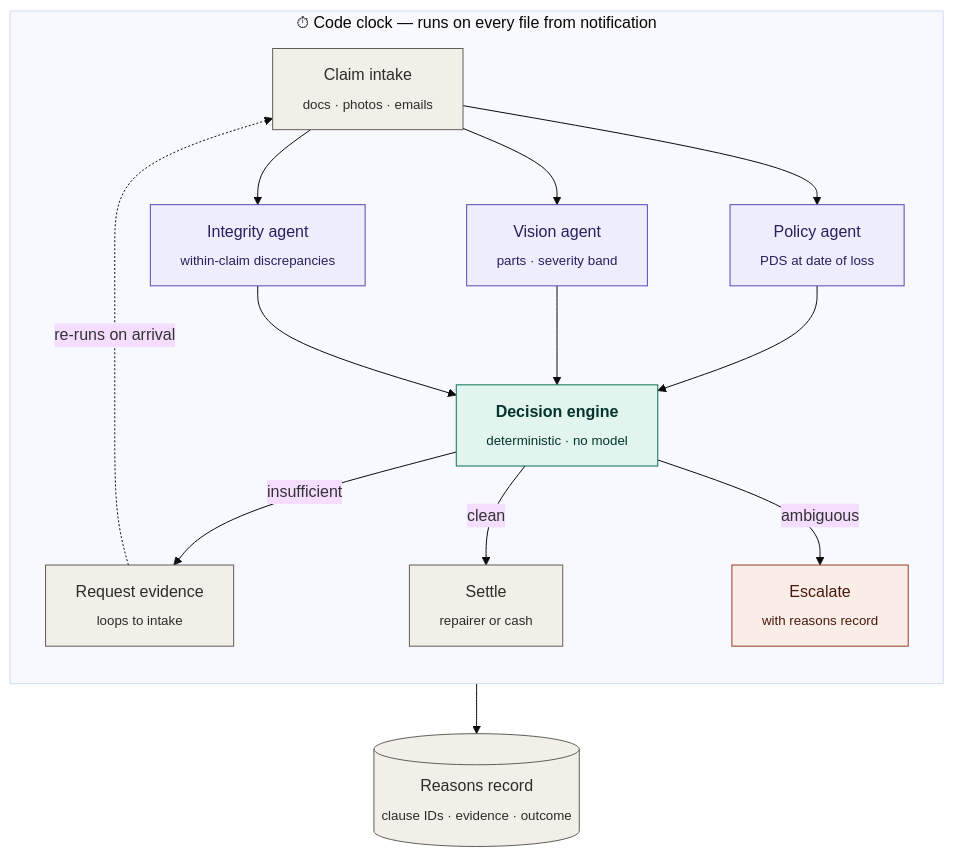
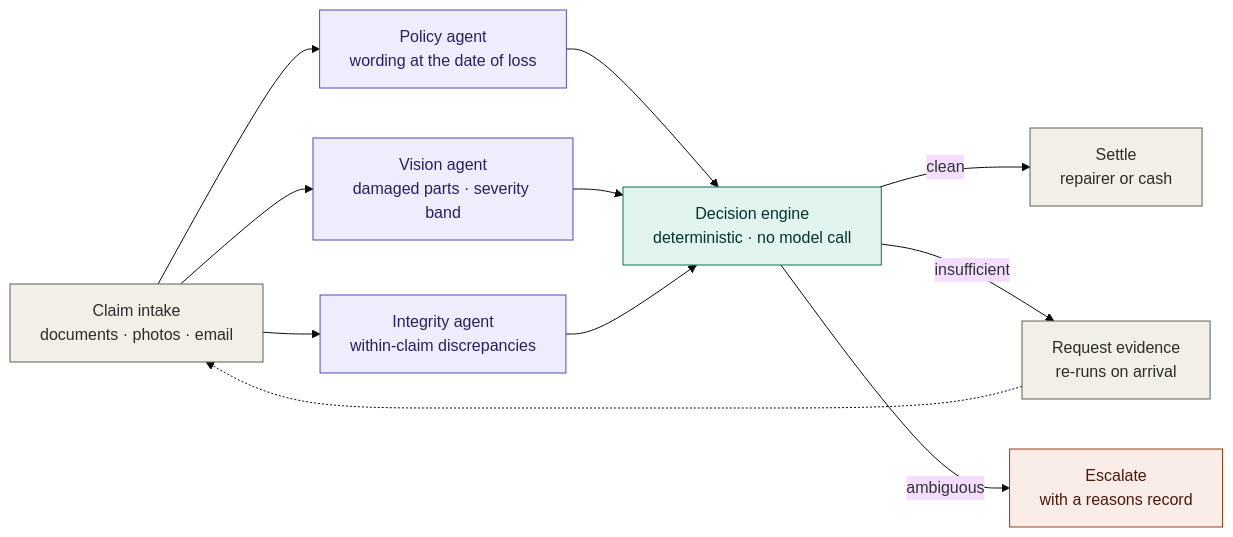
Before and after one commit to mowlya-m/verdict: the diagram in README.md, drawn with Mermaid (base theme). The commit also changed other lines of this file and 12 other files, not shown here.

First line of the commit message:
docs: replace the truncated mermaid diagram with an animated pipeline svg (#6)

````diff
--- a/README.md
+++ b/README.md
@@ -31,34 +45,29 @@
 ```mermaid
-flowchart TD
-    subgraph clock["⏱ Code clock — runs on every file from notification"]
-        direction TB
-        FNOL["Claim intake<br/><sub>docs · photos · emails</sub>"]
+flowchart LR
+    FNOL["Claim intake<br/>documents · photos · email"]
 
-        FNOL --> POL["Policy agent<br/><sub>PDS at date of loss</sub>"]
-        FNOL --> VIS["Vision agent<br/><sub>parts · severity band</sub>"]
-        FNOL --> INT["Integrity agent<br/><sub>within-claim discrepancies</sub>"]
+    FNOL --> POL["Policy agent<br/>wording at the date of loss"]
+    FNOL --> VIS["Vision agent<br/>damaged parts · severity band"]
+    FNOL --> INT["Integrity agent<br/>within-claim discrepancies"]
 
-        POL --> ENG
-        VIS --> ENG
-        INT --> ENG
+    POL --> ENG
+    VIS --> ENG
+    INT --> ENG
 
-        ENG["<b>Decision engine</b><br/><sub>deterministic · no model</sub>"]
+    ENG["Decision engine<br/>deterministic · no model call"]
 
-        ENG -->|insufficient| REQ["Request evidence<br/><sub>loops to intake</sub>"]
-        ENG -->|clean| SET["Settle<br/><sub>repairer or cash</sub>"]
-        ENG -->|ambiguous| ESC["Escalate<br/><sub>with reasons record</sub>"]
+    ENG -->|clean| SET["Settle<br/>repairer or cash"]
+    ENG -->|insufficient| REQ["Request evidence<br/>re-runs on arrival"]
+    ENG -->|ambiguous| ESC["Escalate<br/>with a reasons record"]
 
-        REQ -.re-runs on arrival.-> FNOL
-    end
-
-    ENG --> REC[("Reasons record<br/><sub>clause IDs · evidence · outcome</sub>")]
+    REQ -.-> FNOL
 
     classDef agent fill:#EEEDFE,stroke:#534AB7,color:#26215C
     classDef engine fill:#E1F5EE,stroke:#0F6E56,color:#04342C
     classDef out fill:#F1EFE8,stroke:#5F5E5A,color:#2C2C2A
     classDef term fill:#FAECE7,stroke:#993C1D,color:#4A1B0C
     class POL,VIS,INT agent
     class ENG engine
-    class FNOL,REQ,SET,REC out
+    class FNOL,REQ,SET out
     class ESC term
 ```
````
